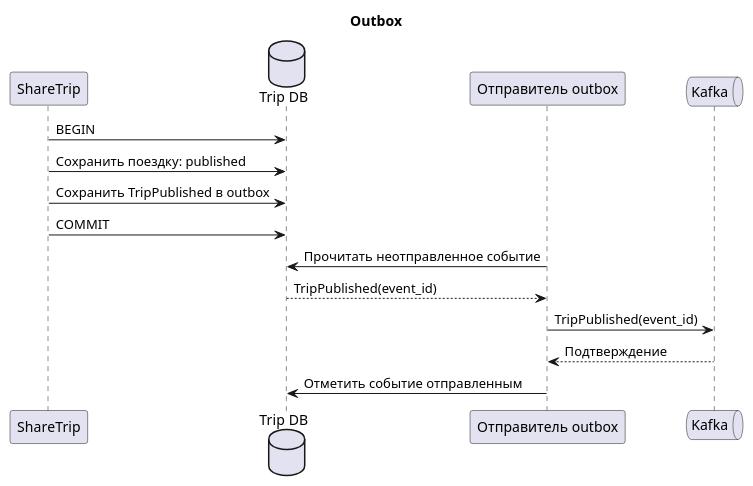
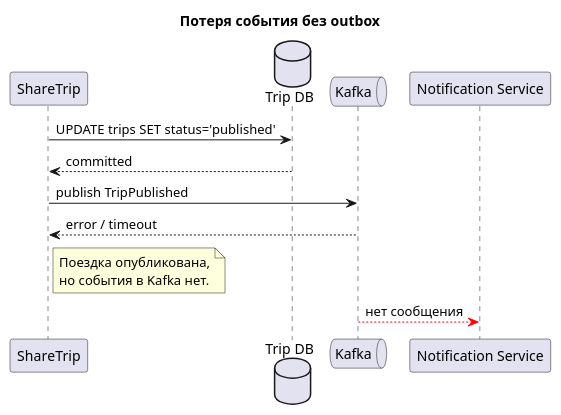
The first of 3 diagrams in docs/consistency.md (anton415/share_trip), drawn with PlantUML before and after one commit. The commit also changed other lines of this file and 18 other files, not shown here.

````diff
--- a/docs/consistency.md
+++ b/docs/consistency.md
@@ -37,19 +11,19 @@
 ```plantuml
 @startuml
-title Outbox
+title Потеря события без outbox
 participant ShareTrip
-database "Trip DB" as DB
-participant "Отправитель outbox" as Publisher
+database "Trip DB" as TripDB
 queue Kafka
+participant "Notification Service" as Notification
 
-ShareTrip -> DB: BEGIN
-ShareTrip -> DB: Сохранить поездку: published
-ShareTrip -> DB: Сохранить TripPublished в outbox
-ShareTrip -> DB: COMMIT
-Publisher -> DB: Прочитать неотправленное событие
-DB --> Publisher: TripPublished(event_id)
-Publisher -> Kafka: TripPublished(event_id)
-Kafka --> Publisher: Подтверждение
-Publisher -> DB: Отметить событие отправленным
+ShareTrip -> TripDB: UPDATE trips SET status='published'
+TripDB --> ShareTrip: committed
+ShareTrip -> Kafka: publish TripPublished
+Kafka --> ShareTrip: error / timeout
+note right of ShareTrip
+  Поездка опубликована,
+  но события в Kafka нет.
+end note
+Kafka -[#red]-> Notification: нет сообщения
 @enduml
 ```
````
